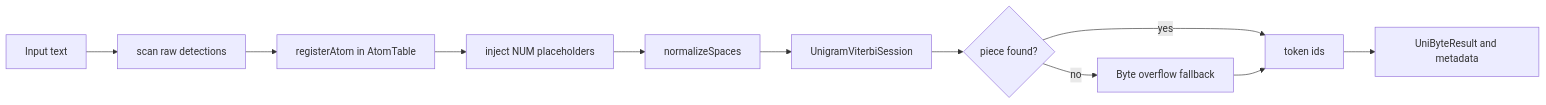
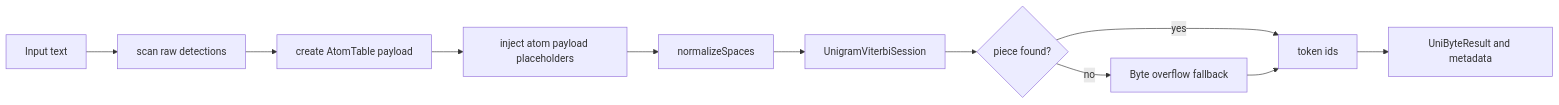
One commit to Reaper3825/G.R.I.M changed the second of 3 diagrams in resources/models/GRIM-text/Shared/UnigramByte/UnigramByte.codoc.md. Above: the diagram before and after it, drawn with Mermaid. The commit also changed other lines of this file and 7 other files, not shown here.

Commit message:
Refactor atom handling: Introduce AtomTokenizationPayload for atom spans, enhance AtomTable creation with new detection methods, and streamline tokenization process in UniByte.

````diff
--- a/resources/models/GRIM-text/Shared/UnigramByte/UnigramByte.codoc.md
+++ b/resources/models/GRIM-text/Shared/UnigramByte/UnigramByte.codoc.md
@@ -138,13 +138,13 @@
 ```mermaid
 flowchart LR
    IN[Input text] --> DET[scan raw detections]
-    DET --> REG[registerAtom in AtomTable]
-    REG --> INJ[inject NUM placeholders]
+   DET --> REG[create AtomTable payload]
+   REG --> INJ[inject atom payload placeholders]
     INJ --> NORM[normalizeSpaces]
    NORM --> SEG[UnigramViterbiSession]
     SEG --> FB{piece found?}
     FB -->|yes| TOK[token ids]
    FB -->|no| BY[Byte overflow fallback]
     BY --> TOK
     TOK --> OUT[UniByteResult and metadata]
 ```
````
